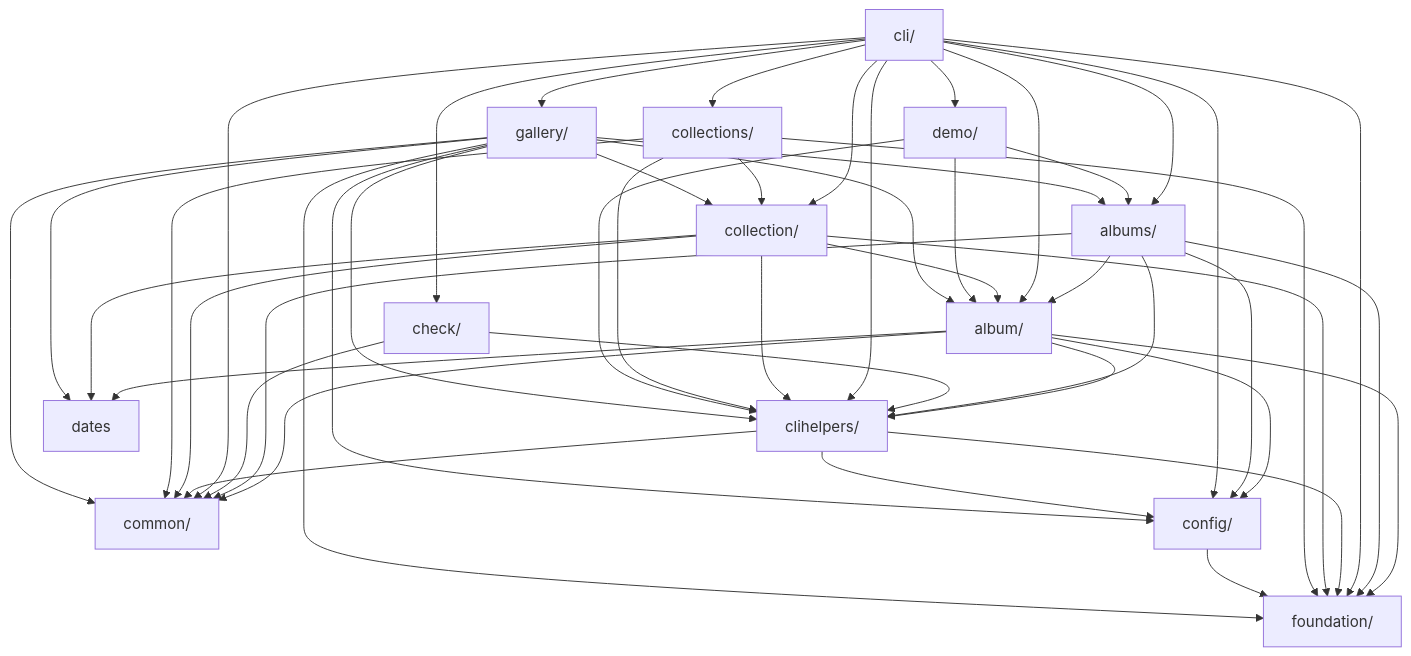
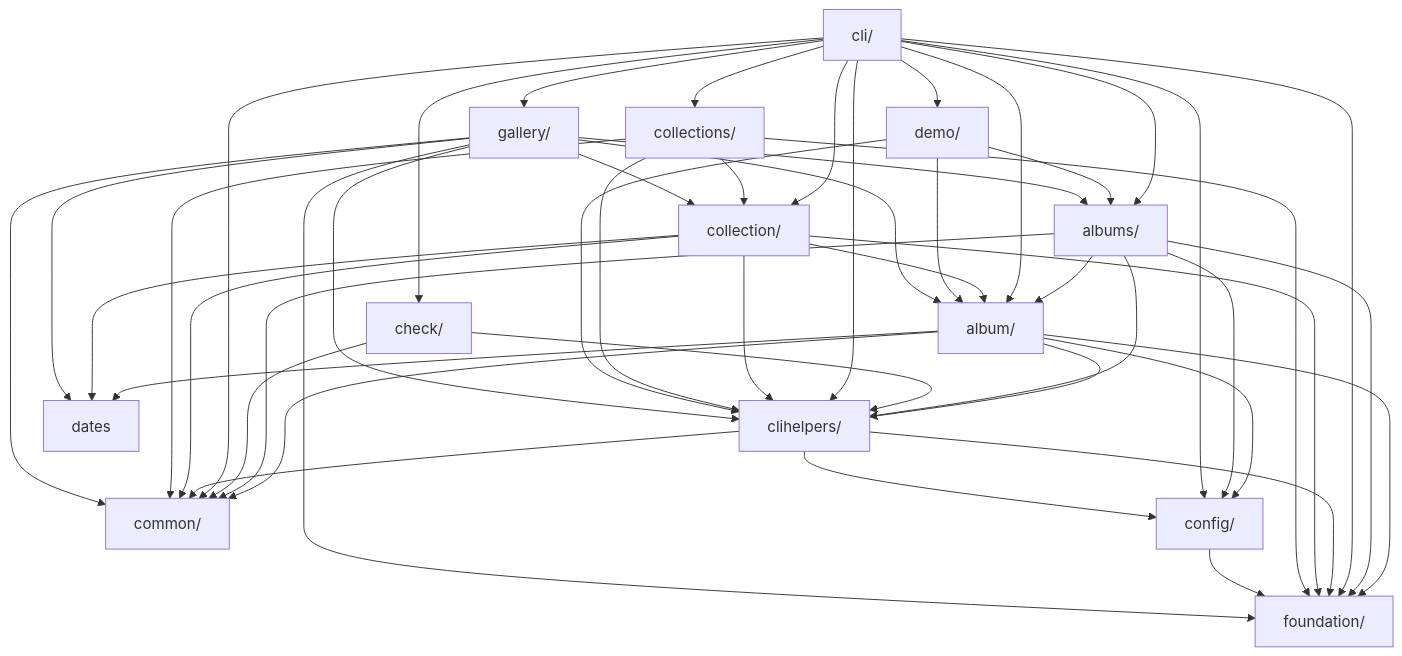
The diagram in docs/architecture.md (iglootools/photree), drawn with Mermaid before and after one commit. The commit also changed 3 other files, not shown here.

````diff
--- a/docs/architecture.md
+++ b/docs/architecture.md
@@ -27,64 +27,63 @@
 ```mermaid
 graph TD
     album["album/"]
     albums["albums/"]
     check["check/"]
     cli["cli/"]
     clihelpers["clihelpers/"]
     collection["collection/"]
     collections["collections/"]
     common["common/"]
     config["config/"]
     dates["dates"]
     demo["demo/"]
     foundation["foundation/"]
     gallery["gallery/"]
 
     album --> clihelpers
     album --> common
     album --> config
     album --> dates
     album --> foundation
     albums --> album
     albums --> clihelpers
     albums --> common
     albums --> config
     albums --> foundation
     check --> clihelpers
     check --> common
     cli --> album
     cli --> albums
     cli --> check
     cli --> clihelpers
     cli --> collection
     cli --> collections
     cli --> common
     cli --> config
     cli --> demo
     cli --> foundation
     cli --> gallery
     clihelpers --> common
     clihelpers --> config
     clihelpers --> foundation
     collection --> album
     collection --> clihelpers
     collection --> common
     collection --> dates
     collection --> foundation
     collections --> clihelpers
     collections --> collection
     collections --> common
     collections --> foundation
     config --> foundation
     demo --> album
     demo --> albums
     demo --> clihelpers
     gallery --> album
     gallery --> albums
     gallery --> clihelpers
     gallery --> collection
     gallery --> common
-    gallery --> config
     gallery --> dates
     gallery --> foundation
 ```
````
